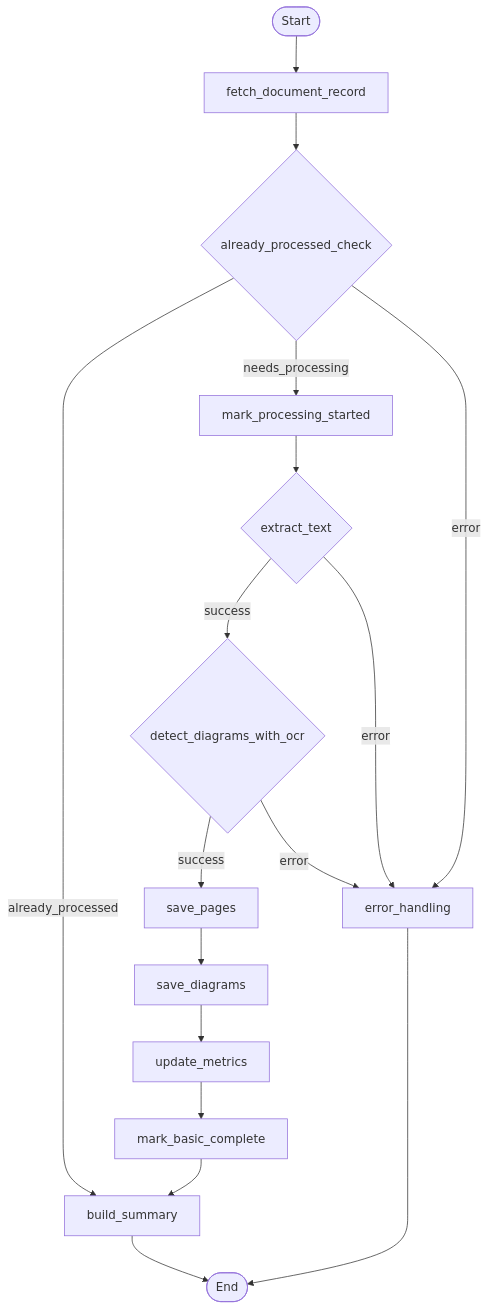
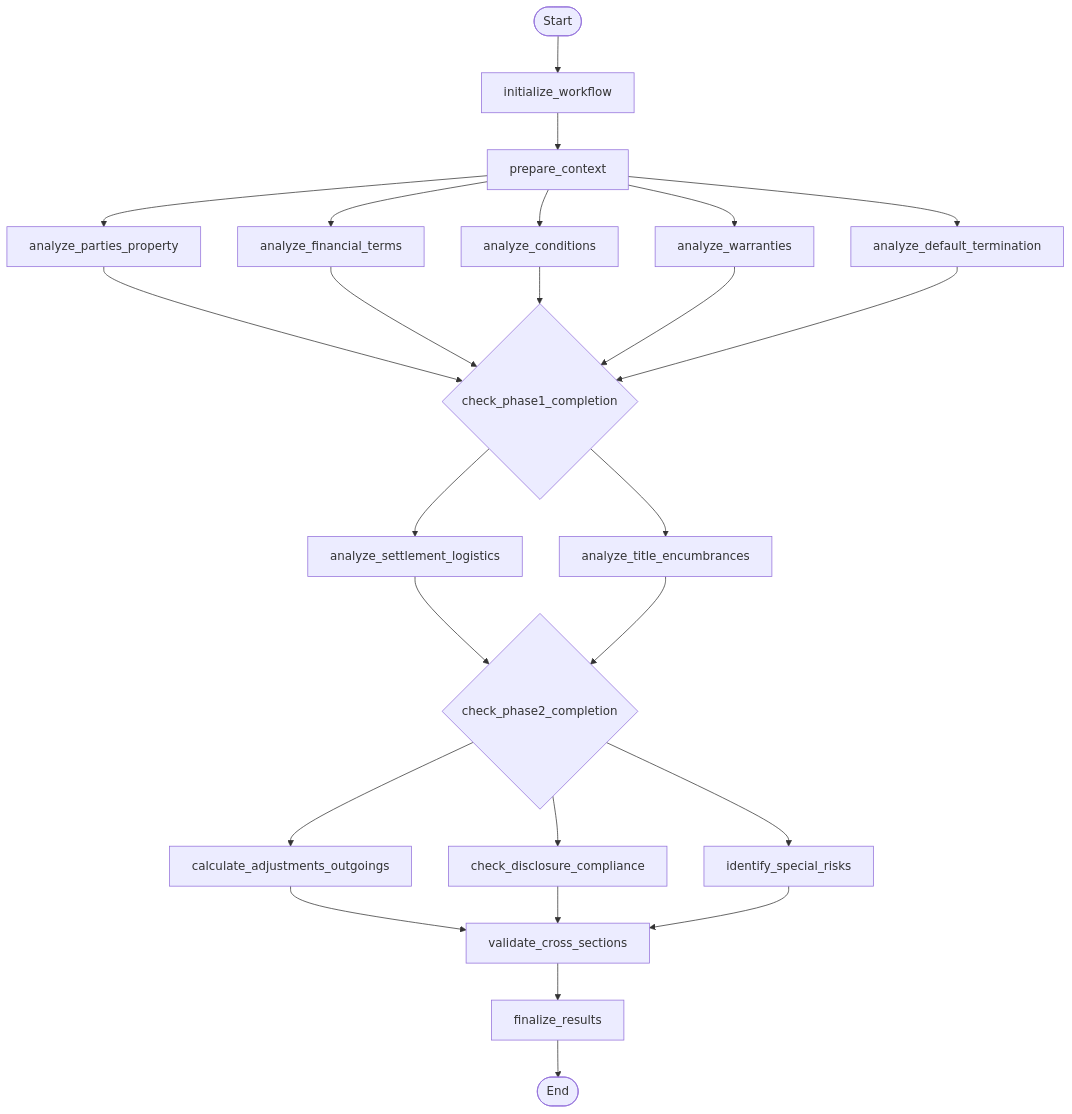
One commit to bohui/real2ai changed the diagram in docs/workflows/document-processing-workflow.md. Above: the diagram before and after it, drawn with Mermaid. The commit also changed other lines of this file and 6 other files, not shown here.

````diff
--- a/docs/workflows/document-processing-workflow.md
+++ b/docs/workflows/document-processing-workflow.md
@@ -5,27 +5,41 @@
 ```mermaid
 graph TD
   START([Start])
   END([End])
 
-  START --> A[fetch_document_record]
-  A --> B{already_processed_check}
+  %% Initialization
+  START --> I[initialize_workflow]
+  I --> P[prepare_context]
 
-  B -->|already_processed| L[build_summary]
-  B -->|needs_processing| C[mark_processing_started]
-  B -->|error| Z[error_handling]
+  %% Phase 1: Foundation Analysis (parallel)
+  P --> F1A[analyze_parties_property]
+  P --> F1B[analyze_financial_terms]
+  P --> F1C[analyze_conditions]
+  P --> F1D[analyze_warranties]
+  P --> F1E[analyze_default_termination]
 
-  C --> D{extract_text}
-  D -->|success| E{detect_diagrams_with_ocr}
-  D -->|error| Z
+  F1A --> C1{check_phase1_completion}
+  F1B --> C1
+  F1C --> C1
+  F1D --> C1
+  F1E --> C1
 
-  E -->|success| F[save_pages]
-  E -->|error| Z
+  %% Phase 2: Dependent Analysis
+  C1 --> S2A[analyze_settlement_logistics]
+  C1 --> S2B[analyze_title_encumbrances]
 
-  F --> G[save_diagrams]
-  G --> H[update_metrics]
-  H --> I[mark_basic_complete]
-  I --> L
+  S2A --> C2{check_phase2_completion}
+  S2B --> C2
 
-  L --> END
-  Z --> END
+  %% Phase 3: Synthesis Analysis
+  C2 --> S3A[calculate_adjustments_outgoings]
+  C2 --> S3B[check_disclosure_compliance]
+  C2 --> S3C[identify_special_risks]
+
+  S3A --> X[validate_cross_sections]
+  S3B --> X
+  S3C --> X
+
+  X --> F[finalize_results]
+  F --> END
 ```
````
